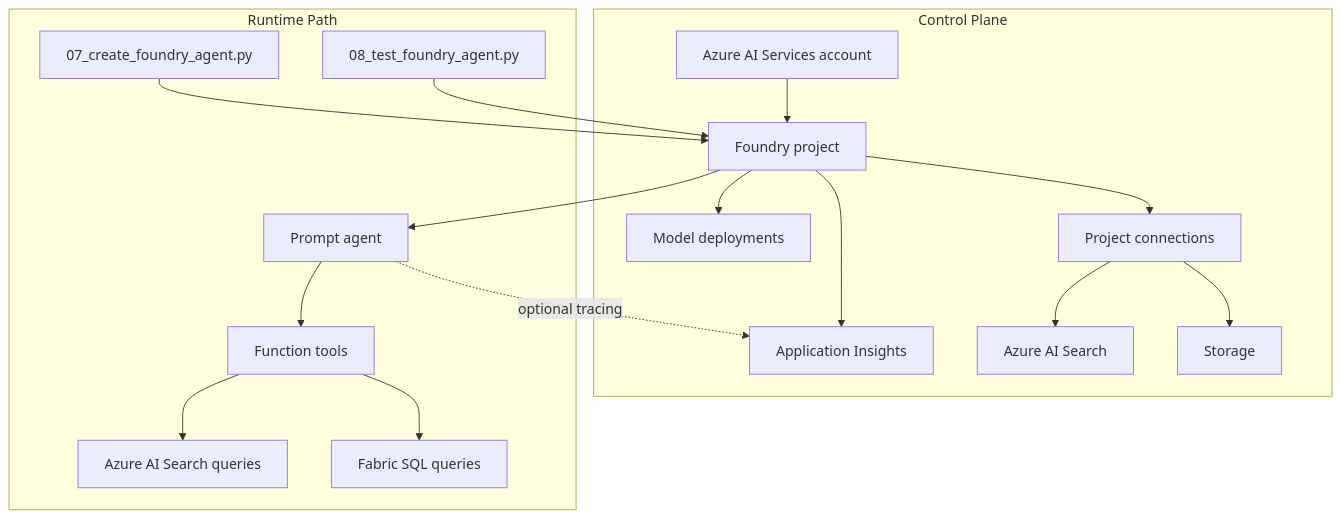
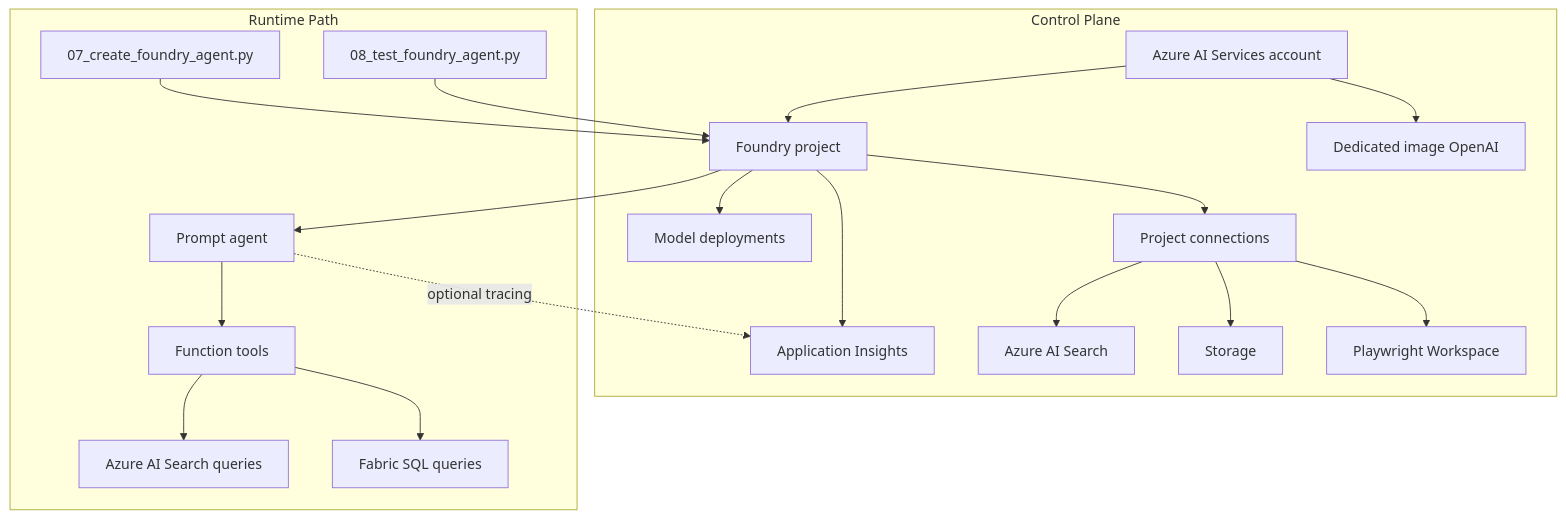
The diagram in workshop/docs/03-understand/04-control-plane.md (payton-chou-ms/e2e-ms-foundry-workshop), drawn with Mermaid before and after one commit. The commit also changed other lines of this file and 38 other files, not shown here.

Commit message:
Add Bicep modules for OpenAI image generation and Playwright workspace; update narrative and site audit error documentation

````diff
--- a/workshop/docs/03-understand/04-control-plane.md
+++ b/workshop/docs/03-understand/04-control-plane.md
@@ -20,36 +22,40 @@
 ```mermaid
 flowchart TB
     subgraph ControlPlane[Control Plane]
         A[Azure AI Services account]
         B[Foundry project]
         C[Model deployments]
+        C2[Dedicated image OpenAI]
         D[Project connections]
         E[Application Insights]
         F[Azure AI Search]
         G[Storage]
+        N[Playwright Workspace]
     end
 
     subgraph Runtime[Runtime Path]
         H[07_create_foundry_agent.py]
         I[08_test_foundry_agent.py]
         J[Prompt agent]
         K[Function tools]
         L[Azure AI Search queries]
         M[Fabric SQL queries]
     end
 
     A --> B
     B --> C
+    A --> C2
     B --> D
     B --> E
     D --> F
     D --> G
+    D --> N
 
     H --> B
     I --> B
     B --> J
     J --> K
     K --> L
     K --> M
     J -. optional tracing .-> E
 ```
````
